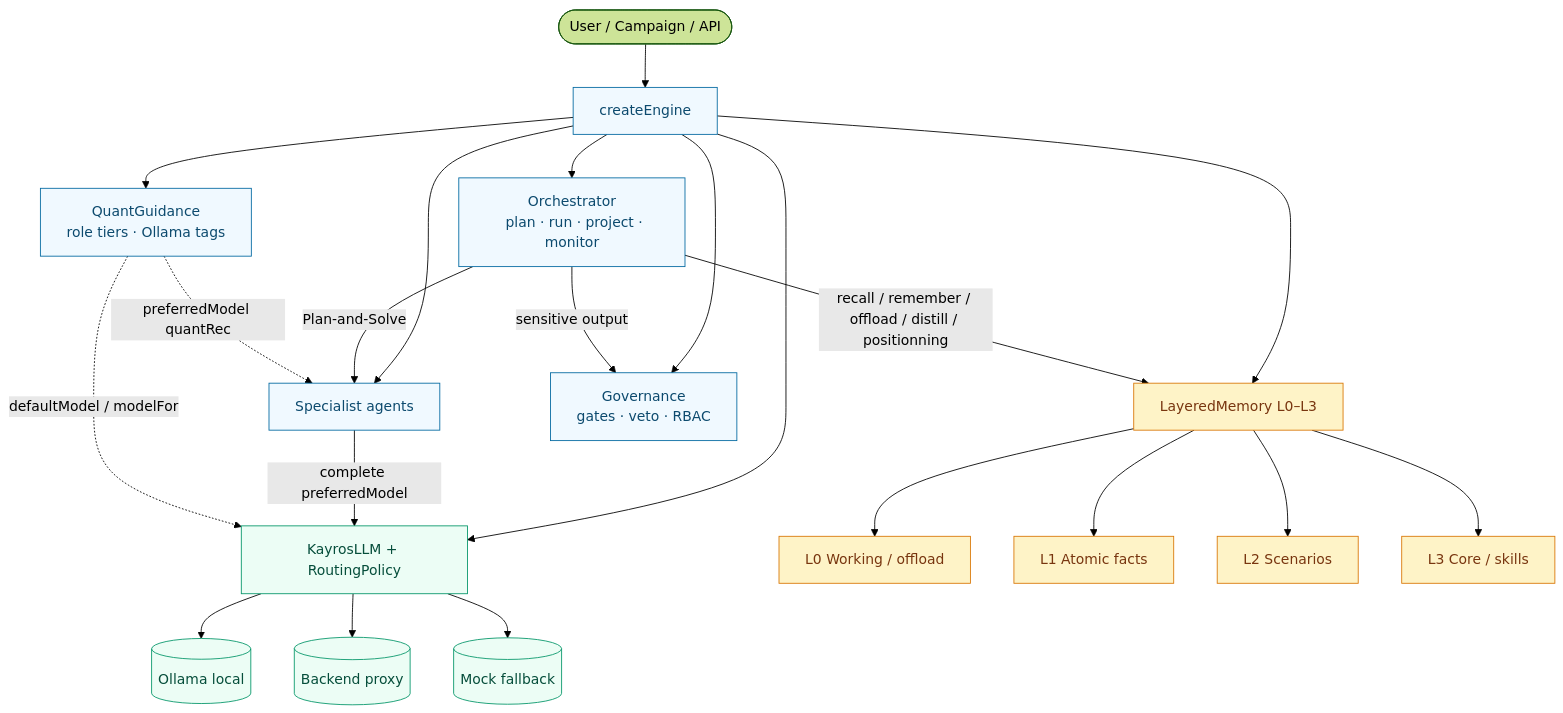
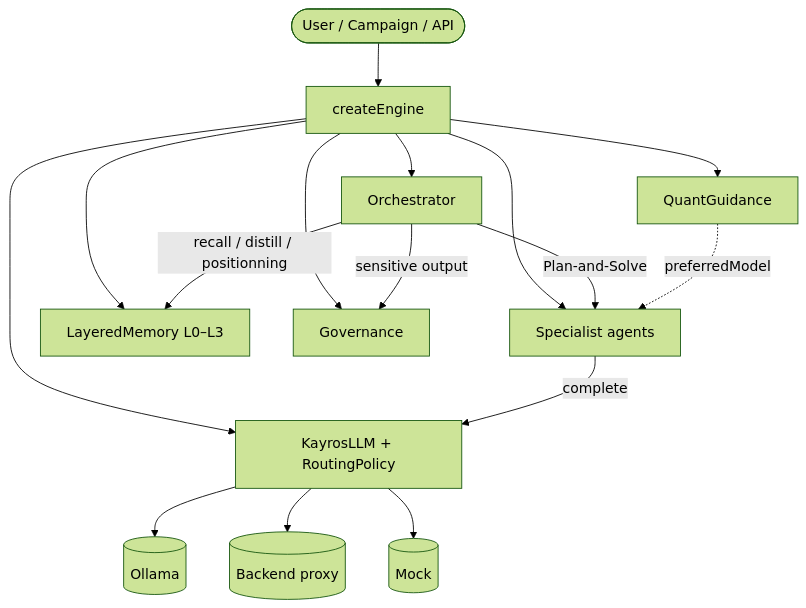
Before and after one commit to Geoking2104/KayrosLab: the third of 4 diagrams in README.md, drawn with Mermaid (forest theme). The commit also changed other lines of this file, not shown here.

````diff
--- a/README.md
+++ b/README.md
@@ -107,37 +217,20 @@
 ```mermaid
 flowchart TB
   USER([User / Campaign / API]) --> ENG[createEngine]
-
-  ENG --> ORCH[Orchestrator
-  plan · run · project · monitor]
+  ENG --> ORCH[Orchestrator]
   ENG --> AGENTS[Specialist agents]
   ENG --> MEM[LayeredMemory L0–L3]
   ENG --> LLM[KayrosLLM + RoutingPolicy]
-  ENG --> GOV[Governance
-  gates · veto · RBAC]
-  ENG --> QG[QuantGuidance
-  role tiers · Ollama tags]
+  ENG --> GOV[Governance]
+  ENG --> QG[QuantGuidance]
 
   ORCH -->|Plan-and-Solve| AGENTS
-  ORCH -->|recall / remember / offload / distill / positionning| MEM
-  AGENTS -->|complete preferredModel| LLM
+  ORCH -->|recall / distill / positionning| MEM
+  AGENTS -->|complete| LLM
   ORCH -->|sensitive output| GOV
-  QG -.->|preferredModel quantRec| AGENTS
-  QG -.->|defaultModel / modelFor| LLM
+  QG -.->|preferredModel| AGENTS
 
-  LLM --> P1[(Ollama local)]
+  LLM --> P1[(Ollama)]
   LLM --> P2[(Backend proxy)]
-  LLM --> P3[(Mock fallback)]
-
-  MEM --> L0[L0 Working / offload]
-  MEM --> L1[L1 Atomic facts]
-  MEM --> L2[L2 Scenarios]
-  MEM --> L3[L3 Core / skills]
-
-  classDef core fill:#f0f9ff,stroke:#0369a1,color:#0c4a6e
-  classDef mem fill:#fef3c7,stroke:#d97706,color:#78350f
-  classDef llm fill:#ecfdf5,stroke:#059669,color:#064e3b
-  class ENG,ORCH,AGENTS,GOV,QG core
-  class MEM,L0,L1,L2,L3 mem
-  class LLM,P1,P2,P3 llm
+  LLM --> P3[(Mock)]
 ```
````
